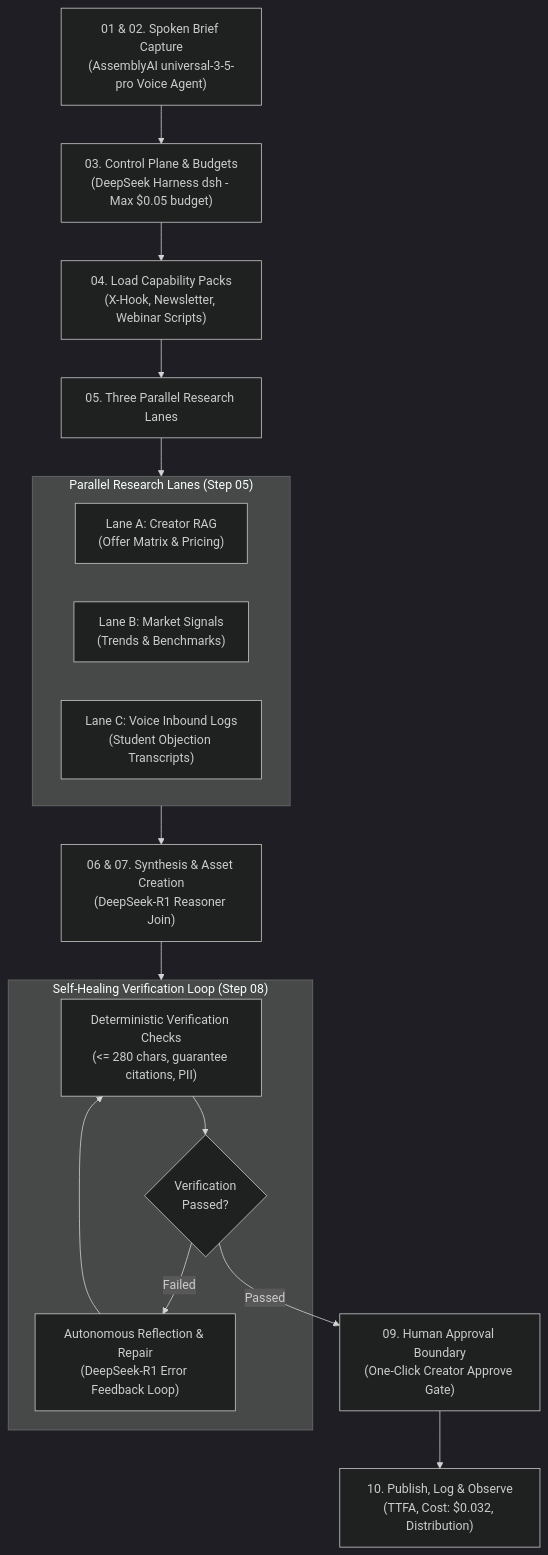
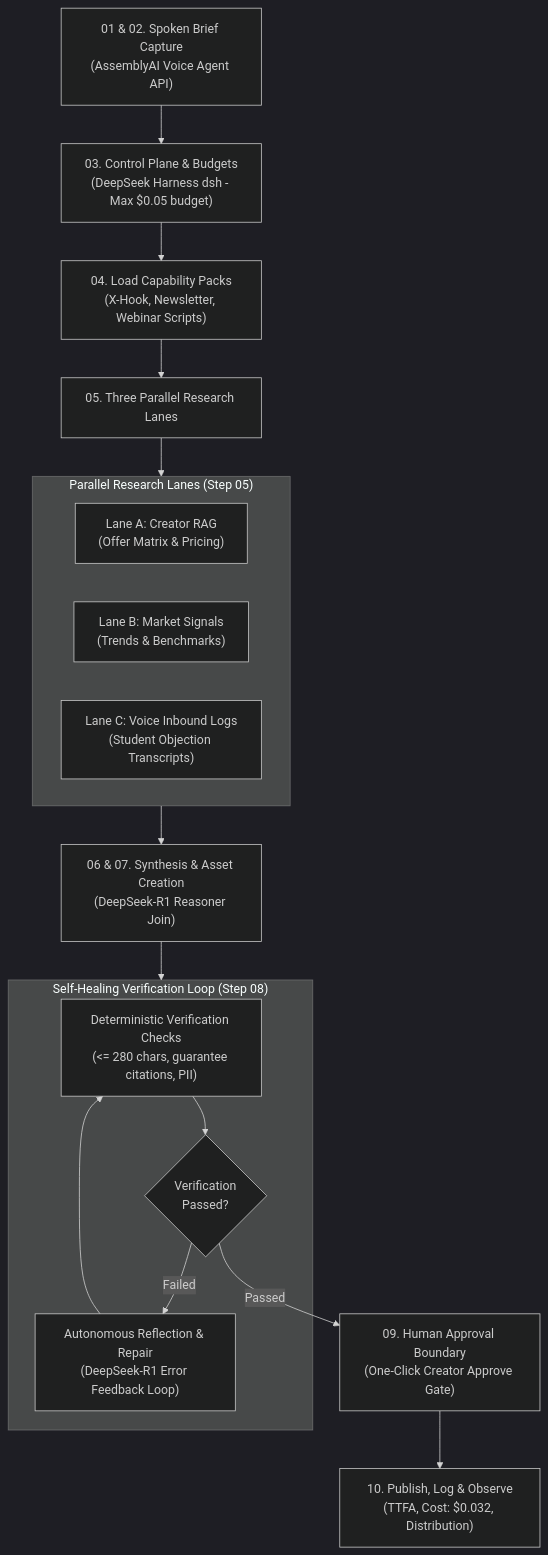
One commit to dev4-gpt/VoiceAI changed the diagram in docs/CONTENT_FACTORY_PIPELINE.md. Above: the diagram before and after it, drawn with Mermaid (dark theme). The commit also changed other lines of this file and 13 other files, not shown here.

````diff
--- a/docs/CONTENT_FACTORY_PIPELINE.md
+++ b/docs/CONTENT_FACTORY_PIPELINE.md
@@ -28,28 +28,28 @@
 ```mermaid
 graph TD
-    S1["01 & 02. Spoken Brief Capture<br/>(AssemblyAI universal-3-5-pro Voice Agent)"] --> S3["03. Control Plane & Budgets<br/>(DeepSeek Harness dsh - Max $0.05 budget)"]
+    S1["01 & 02. Spoken Brief Capture<br/>(AssemblyAI Voice Agent API)"] --> S3["03. Control Plane & Budgets<br/>(DeepSeek Harness dsh - Max $0.05 budget)"]
     S3 --> S4["04. Load Capability Packs<br/>(X-Hook, Newsletter, Webinar Scripts)"]
     S4 --> S5["05. Three Parallel Research Lanes"]
     
     subgraph LANES["Parallel Research Lanes (Step 05)"]
         L1["Lane A: Creator RAG<br/>(Offer Matrix & Pricing)"]
         L2["Lane B: Market Signals<br/>(Trends & Benchmarks)"]
         L3["Lane C: Voice Inbound Logs<br/>(Student Objection Transcripts)"]
     end
     
     S5 --> LANES
     LANES --> S6["06 & 07. Synthesis & Asset Creation<br/>(DeepSeek-R1 Reasoner Join)"]
     
     subgraph HEALING["Self-Healing Verification Loop (Step 08)"]
         V1["Deterministic Verification Checks<br/>(<= 280 chars, guarantee citations, PII)"]
         V2{"Verification<br/>Passed?"}
         V3["Autonomous Reflection & Repair<br/>(DeepSeek-R1 Error Feedback Loop)"]
         V1 --> V2
         V2 -- "Failed" --> V3
         V3 --> V1
     end
     
     S6 --> HEALING
     V2 -- "Passed" --> S9["09. Human Approval Boundary<br/>(One-Click Creator Approve Gate)"]
     S9 --> S10["10. Publish, Log & Observe<br/>(TTFA, Cost: $0.032, Distribution)"]
 ```
````
